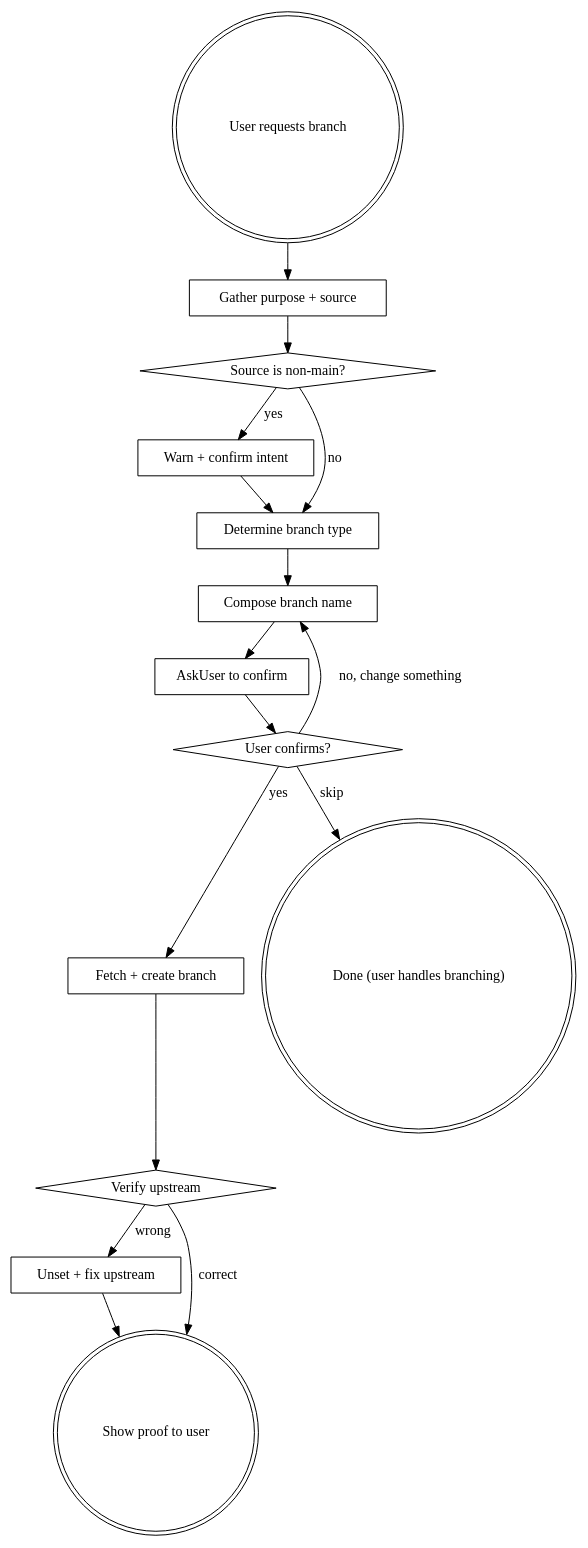
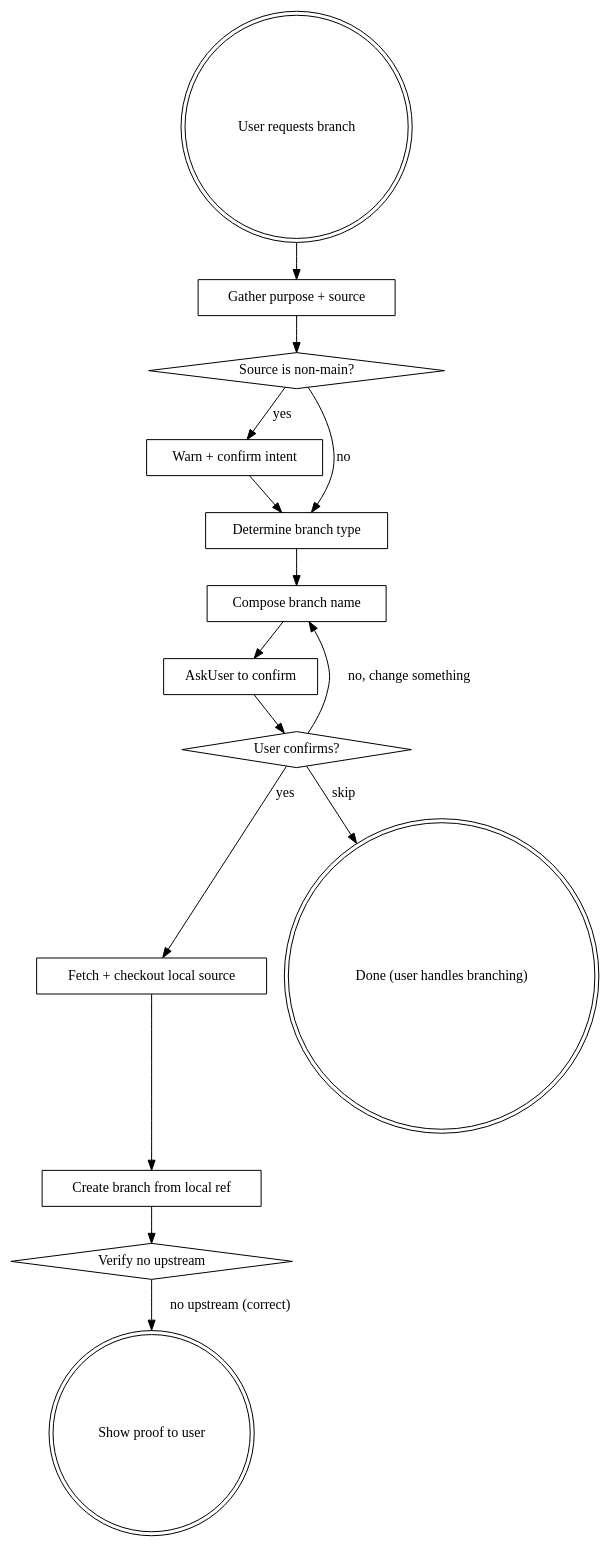
The diagram in skills/create-branch/SKILL.md (pandaworks-software-plt/pandahrms-skills), drawn with Graphviz before and after one commit. The commit also changed other lines of this file and 1 other file, not shown here.

First line of the commit message:
fix(create-branch): remove ambiguous trigger, clarify local-ref branching

````diff
--- a/skills/create-branch/SKILL.md
+++ b/skills/create-branch/SKILL.md
@@ -18,33 +20,32 @@
 ```dot
 digraph create_branch {
     "User requests branch" [shape=doublecircle];
     "Gather purpose + source" [shape=box];
     "Source is non-main?" [shape=diamond];
     "Warn + confirm intent" [shape=box];
     "Determine branch type" [shape=box];
     "Compose branch name" [shape=box];
     "AskUser to confirm" [shape=box];
     "User confirms?" [shape=diamond];
-    "Fetch + create branch" [shape=box];
-    "Verify upstream" [shape=diamond];
-    "Unset + fix upstream" [shape=box];
+    "Fetch + checkout local source" [shape=box];
+    "Create branch from local ref" [shape=box];
+    "Verify no upstream" [shape=diamond];
     "Show proof to user" [shape=doublecircle];
 
     "User requests branch" -> "Gather purpose + source";
     "Gather purpose + source" -> "Source is non-main?" ;
     "Source is non-main?" -> "Warn + confirm intent" [label="yes"];
     "Source is non-main?" -> "Determine branch type" [label="no"];
     "Warn + confirm intent" -> "Determine branch type";
     "Determine branch type" -> "Compose branch name";
     "Compose branch name" -> "AskUser to confirm";
     "AskUser to confirm" -> "User confirms?";
-    "User confirms?" -> "Fetch + create branch" [label="yes"];
+    "User confirms?" -> "Fetch + checkout local source" [label="yes"];
     "User confirms?" -> "Compose branch name" [label="no, change something"];
     "User confirms?" -> "Done (user handles branching)" [label="skip"];
     "Done (user handles branching)" [shape=doublecircle];
-    "Fetch + create branch" -> "Verify upstream";
-    "Verify upstream" -> "Unset + fix upstream" [label="wrong"];
-    "Verify upstream" -> "Show proof to user" [label="correct"];
-    "Unset + fix upstream" -> "Show proof to user";
+    "Fetch + checkout local source" -> "Create branch from local ref";
+    "Create branch from local ref" -> "Verify no upstream";
+    "Verify no upstream" -> "Show proof to user" [label="no upstream (correct)"];
 }
 ```
````
